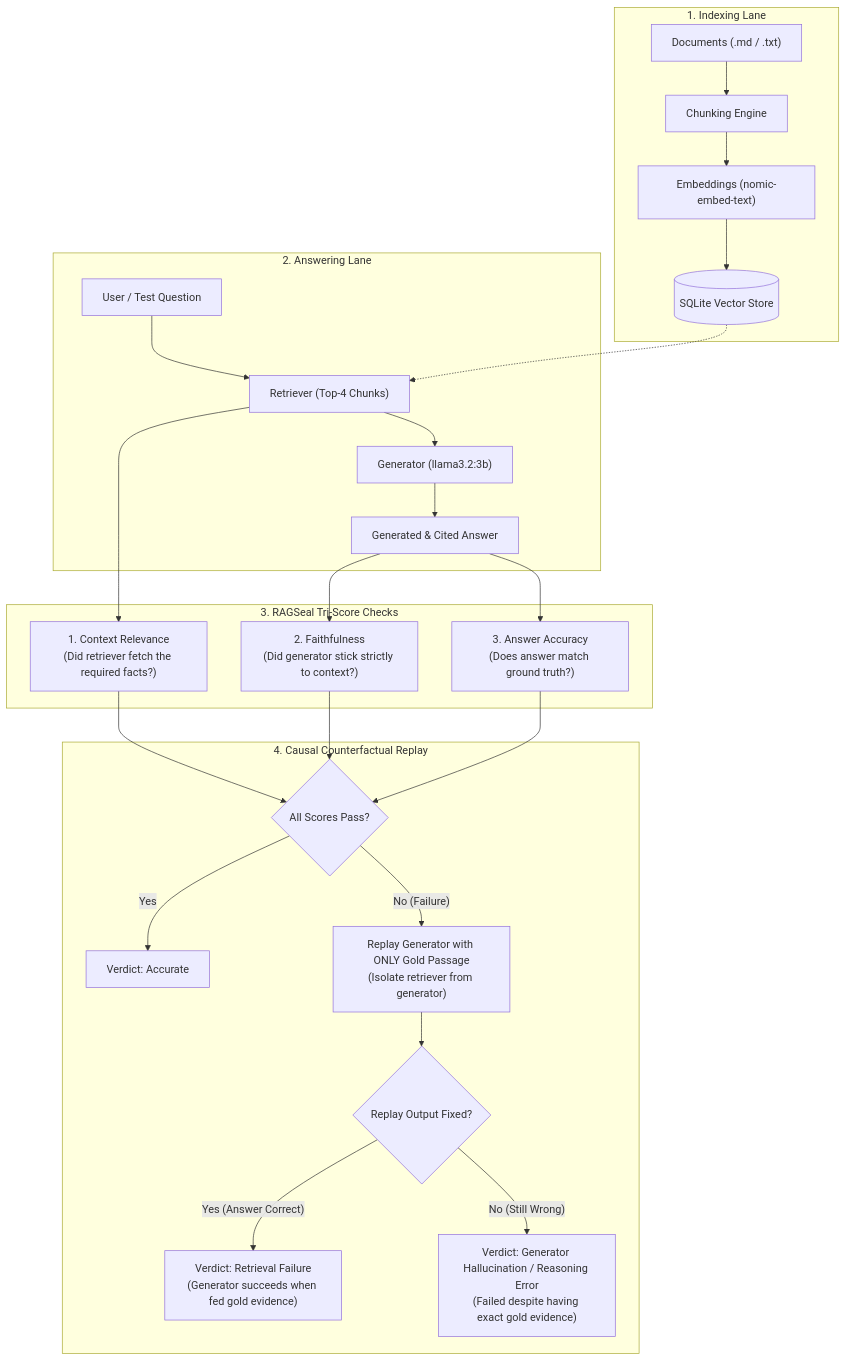
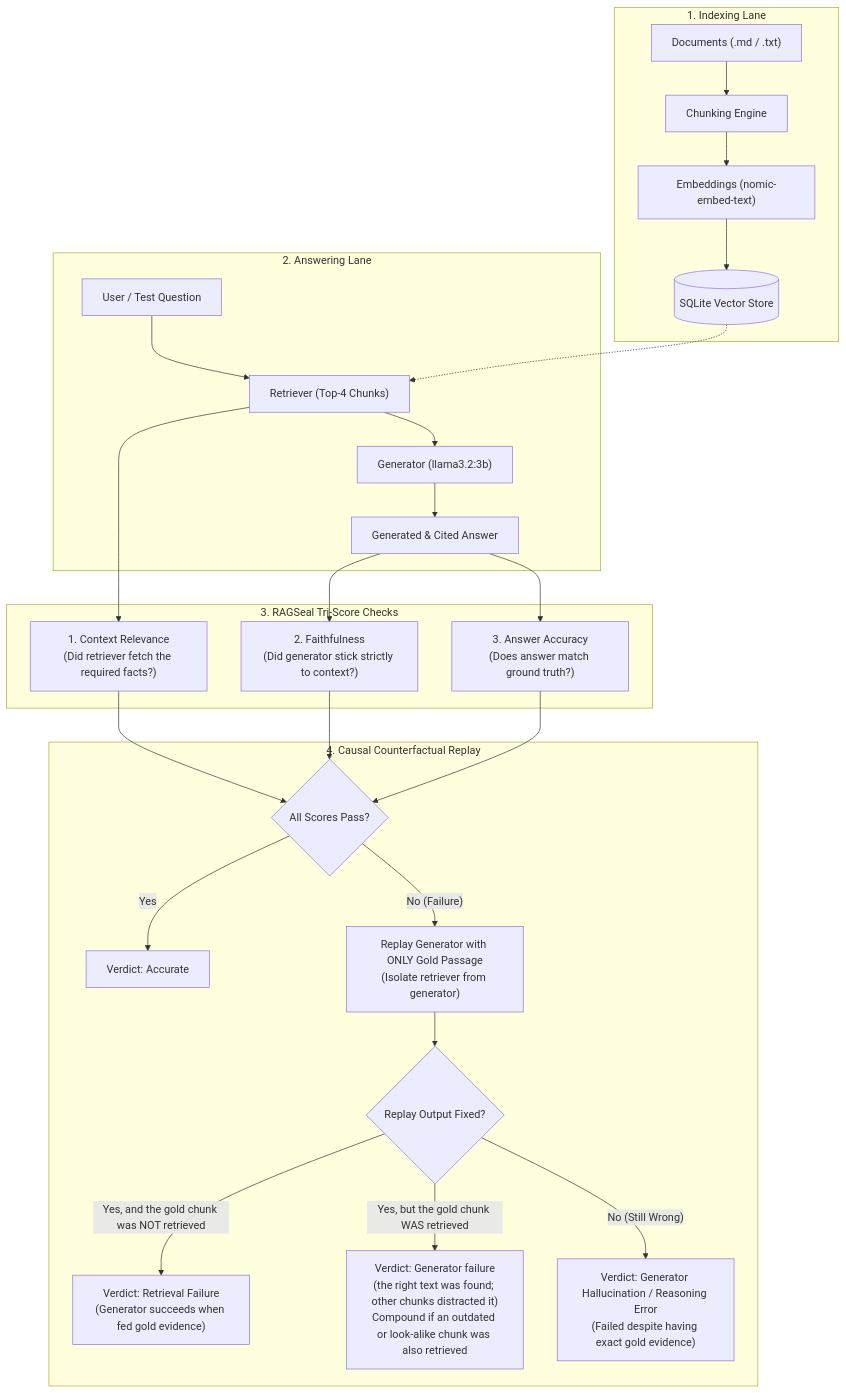
One commit to Vidhaath622/MUJ changed the first of 3 diagrams in README.md. Above: the diagram before and after it, drawn with Mermaid. The commit also changed other lines of this file and 1 other file, not shown here.

````diff
--- a/README.md
+++ b/README.md
@@ -39,30 +39,31 @@
 ```mermaid
 flowchart TD
     subgraph IndexingLane ["1. Indexing Lane"]
         Docs["Documents (.md / .txt)"] --> Chunks["Chunking Engine"]
         Chunks --> Embeds["Embeddings (nomic-embed-text)"]
         Embeds --> VStore[("SQLite Vector Store")]
     end
 
     subgraph AnsweringLane ["2. Answering Lane"]
         Query["User / Test Question"] --> TopK["Retriever (Top-4 Chunks)"]
         VStore -.-> TopK
         TopK --> Gen["Generator (llama3.2:3b)"]
         Gen --> Answer["Generated & Cited Answer"]
     end
 
     subgraph EvaluationLane ["3. RAGSeal Tri-Score Checks"]
         TopK --> Check1["1. Context Relevance<br/>(Did retriever fetch the required facts?)"]
         Answer --> Check2["2. Faithfulness<br/>(Did generator stick strictly to context?)"]
         Answer --> Check3["3. Answer Accuracy<br/>(Does answer match ground truth?)"]
     end
 
     subgraph ReplayLane ["4. Causal Counterfactual Replay"]
         Check1 & Check2 & Check3 --> Gate{"All Scores Pass?"}
         Gate -- "Yes" --> PassVerdict["Verdict: Accurate"]
         Gate -- "No (Failure)" --> Replay["Replay Generator with ONLY Gold Passage<br/>(Isolate retriever from generator)"]
         Replay --> ReplayOutcome{"Replay Output Fixed?"}
-        ReplayOutcome -- "Yes (Answer Correct)" --> RetFault["Verdict: Retrieval Failure<br/>(Generator succeeds when fed gold evidence)"]
+        ReplayOutcome -- "Yes, and the gold chunk was NOT retrieved" --> RetFault["Verdict: Retrieval Failure<br/>(Generator succeeds when fed gold evidence)"]
+        ReplayOutcome -- "Yes, but the gold chunk WAS retrieved" --> Distracted["Verdict: Generator failure<br/>(the right text was found; other chunks distracted it)<br/>Compound if an outdated or look-alike chunk was also retrieved"]
         ReplayOutcome -- "No (Still Wrong)" --> GenFault["Verdict: Generator Hallucination / Reasoning Error<br/>(Failed despite having exact gold evidence)"]
     end
 ```
````
